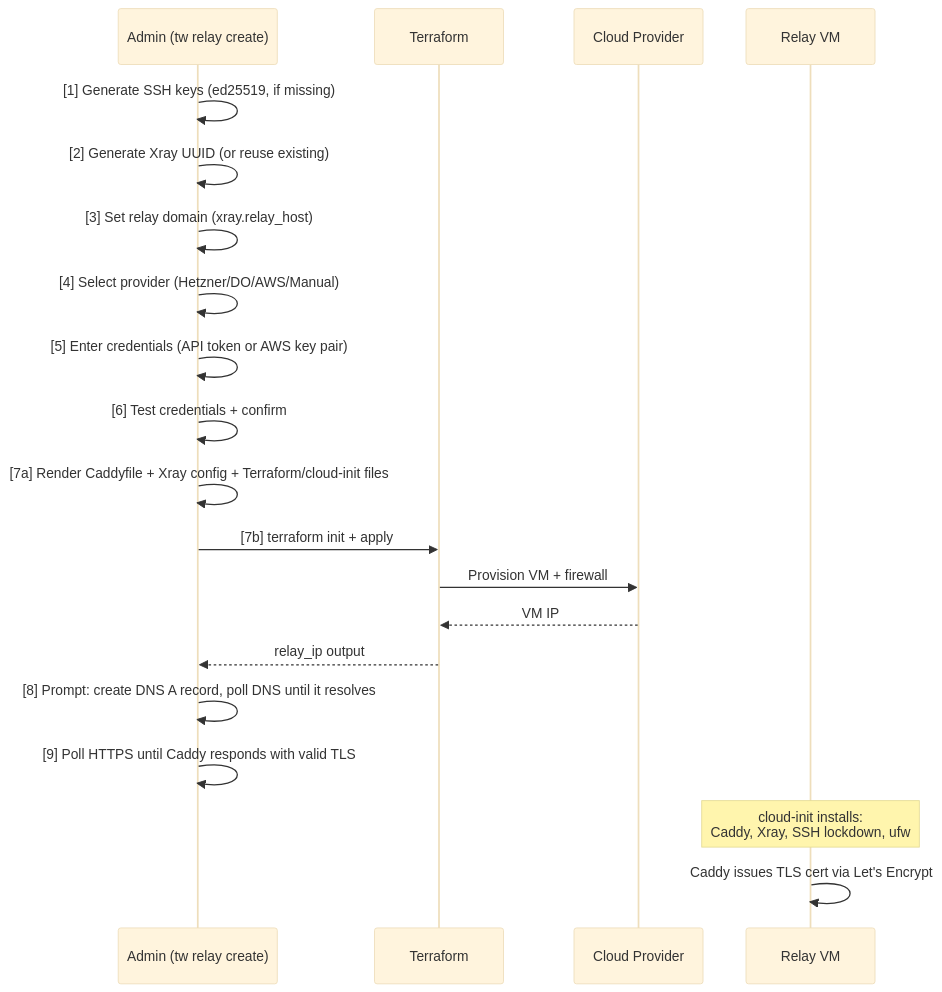
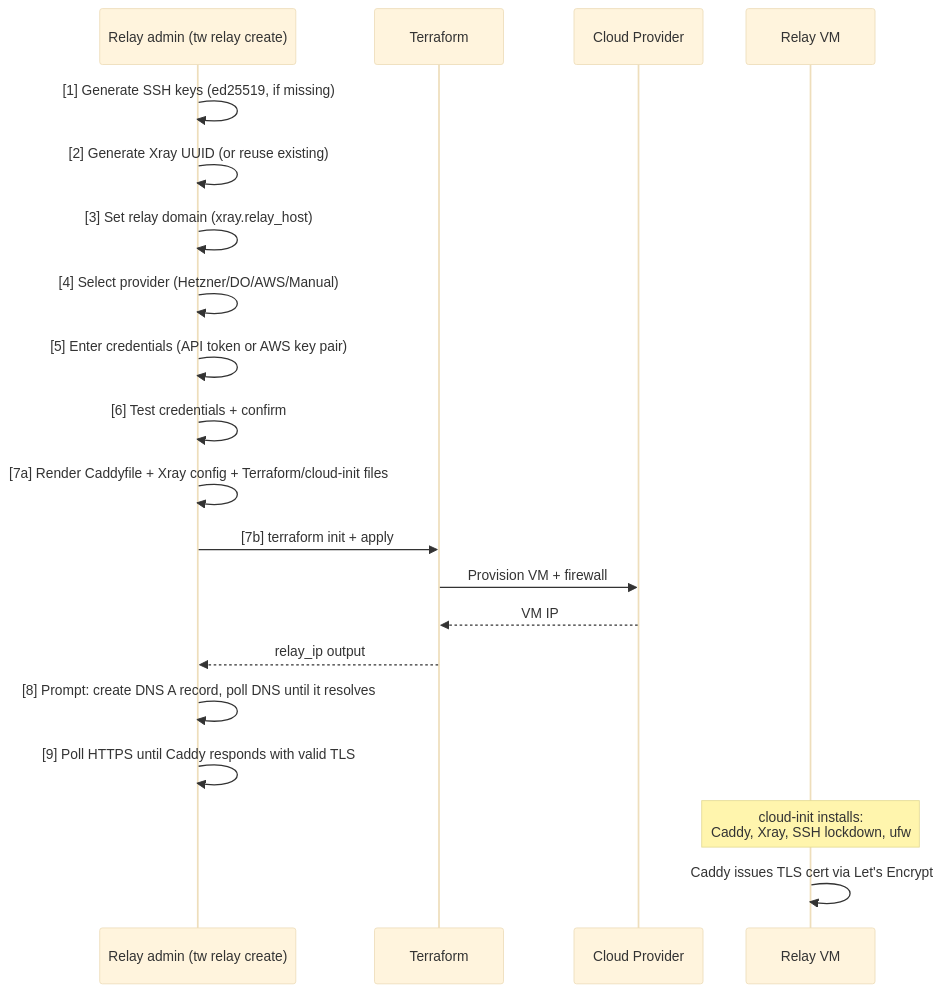
The first of 6 diagrams in docs/architecture/runtime-views.md (Tunnel-Whisperer/Tunnel-Whisperer), drawn with Mermaid (base theme) before and after one commit. The commit also changed other lines of this file and 30 other files, not shown here.

````diff
--- a/docs/architecture/runtime-views.md
+++ b/docs/architecture/runtime-views.md
@@ -7,23 +7,23 @@
 ```mermaid
 sequenceDiagram
-    participant Admin as Admin (tw relay create)
+    participant Admin as Relay admin (tw relay create)
     participant TF as Terraform
     participant Cloud as Cloud Provider
     participant R as Relay VM
 
     Admin ->> Admin: [1] Generate SSH keys (ed25519, if missing)
     Admin ->> Admin: [2] Generate Xray UUID (or reuse existing)
     Admin ->> Admin: [3] Set relay domain (xray.relay_host)
     Admin ->> Admin: [4] Select provider (Hetzner/DO/AWS/Manual)
     Admin ->> Admin: [5] Enter credentials (API token or AWS key pair)
     Admin ->> Admin: [6] Test credentials + confirm
     Admin ->> Admin: [7a] Render Caddyfile + Xray config + Terraform/cloud-init files
     Admin ->> TF: [7b] terraform init + apply
     TF ->> Cloud: Provision VM + firewall
     Cloud -->> TF: VM IP
     TF -->> Admin: relay_ip output
     Admin ->> Admin: [8] Prompt: create DNS A record, poll DNS until it resolves
     Admin ->> Admin: [9] Poll HTTPS until Caddy responds with valid TLS
     Note over R: cloud-init installs:<br/>Caddy, Xray, SSH lockdown, ufw
     R ->> R: Caddy issues TLS cert via Let's Encrypt
 ```
````
